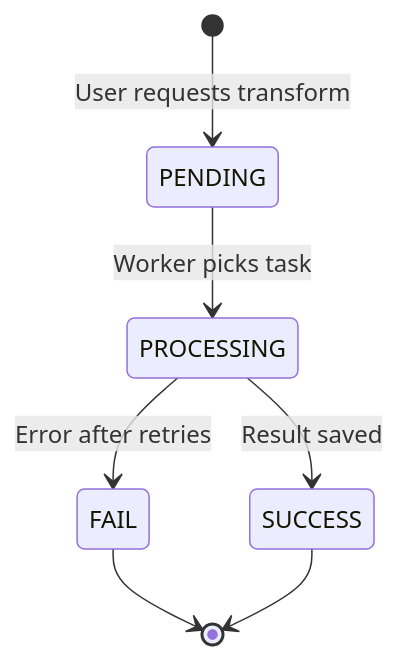
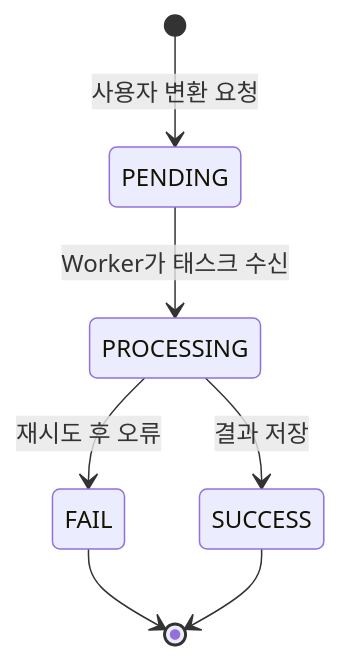
Before and after one commit to soyoungflow/Promptory: the third of 3 diagrams in docs/phases/DATA_MODEL_BY_PHASE.md, drawn with Mermaid. The commit also changed other lines of this file and 12 other files, not shown here.

````diff
--- a/docs/phases/DATA_MODEL_BY_PHASE.md
+++ b/docs/phases/DATA_MODEL_BY_PHASE.md
@@ -223,9 +215,9 @@
 ```mermaid
 stateDiagram-v2
-  [*] --> PENDING: User requests transform
-  PENDING --> PROCESSING: Worker picks task
-  PROCESSING --> SUCCESS: Result saved
-  PROCESSING --> FAIL: Error after retries
+  [*] --> PENDING: 사용자 변환 요청
+  PENDING --> PROCESSING: Worker가 태스크 수신
+  PROCESSING --> SUCCESS: 결과 저장
+  PROCESSING --> FAIL: 재시도 후 오류
   FAIL --> [*]
   SUCCESS --> [*]
 ```
````
